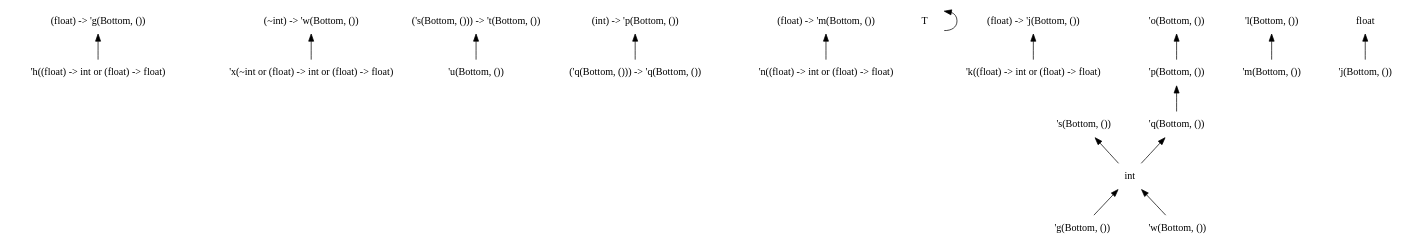
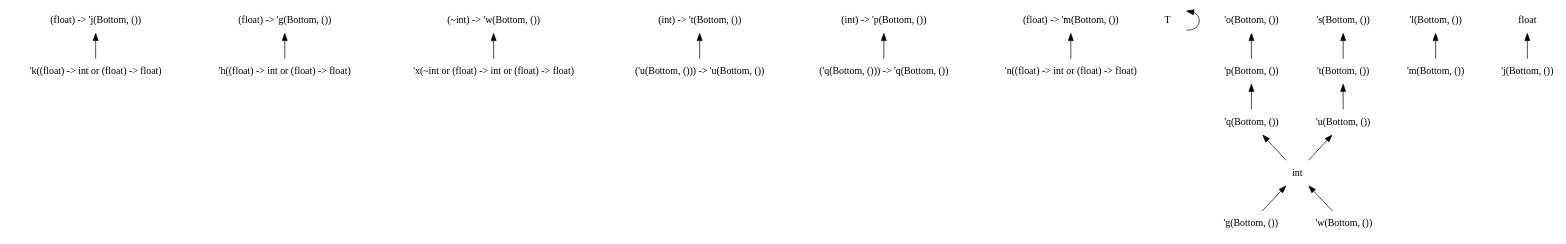
One commit to chocobo333/regino changed the diagram in dots/1.dot. Above: the diagram before and after it, drawn with Graphviz. The commit also changed 39 other files, not shown here.

```diff
--- a/dots/1.dot
+++ b/dots/1.dot
@@ -1,50 +1,54 @@
 digraph order {
   graph [
     size = "30,10"
     ];
   node [
     shape = none
     ];
   edge [
     dir = back
     ];
+  "(float) -> 'j(Bottom, ())"
   "(float) -> 'g(Bottom, ())"
   "(~int) -> 'w(Bottom, ())"
-  "('s(Bottom, ())) -> 't(Bottom, ())"
+  "(int) -> 't(Bottom, ())"
   "(int) -> 'p(Bottom, ())"
   "(float) -> 'm(Bottom, ())"
   "T"
   "'x(~int or (float) -> int or (float) -> float)"
   "'h((float) -> int or (float) -> float)"
   "'k((float) -> int or (float) -> float)"
   "'n((float) -> int or (float) -> float)"
+  "'t(Bottom, ())"
   "'u(Bottom, ())"
   "'p(Bottom, ())"
   "'q(Bottom, ())"
   "'m(Bottom, ())"
-  "'j(Bottom, ())"
   "'g(Bottom, ())"
   "'w(Bottom, ())"
+  "'j(Bottom, ())"
   "'s(Bottom, ())"
   "'o(Bottom, ())"
   "'l(Bottom, ())"
   "float"
   "int"
+  "('u(Bottom, ())) -> 'u(Bottom, ())"
   "('q(Bottom, ())) -> 'q(Bottom, ())"
-  "(float) -> 'j(Bottom, ())"
   "(int) -> 'p(Bottom, ())" -> "('q(Bottom, ())) -> 'q(Bottom, ())"
   "(float) -> 'm(Bottom, ())" -> "'n((float) -> int or (float) -> float)"
   "(float) -> 'j(Bottom, ())" -> "'k((float) -> int or (float) -> float)"
   "(float) -> 'g(Bottom, ())" -> "'h((float) -> int or (float) -> float)"
   "T" -> "T"
   "float" -> "'j(Bottom, ())"
-  "'s(Bottom, ())" -> "int"
+  "'s(Bottom, ())" -> "'t(Bottom, ())"
+  "'u(Bottom, ())" -> "int"
+  "'t(Bottom, ())" -> "'u(Bottom, ())"
   "int" -> "'g(Bottom, ())"
   "int" -> "'w(Bottom, ())"
   "'o(Bottom, ())" -> "'p(Bottom, ())"
   "'q(Bottom, ())" -> "int"
   "'p(Bottom, ())" -> "'q(Bottom, ())"
   "'l(Bottom, ())" -> "'m(Bottom, ())"
   "(~int) -> 'w(Bottom, ())" -> "'x(~int or (float) -> int or (float) -> float)"
-  "('s(Bottom, ())) -> 't(Bottom, ())" -> "'u(Bottom, ())"
+  "(int) -> 't(Bottom, ())" -> "('u(Bottom, ())) -> 'u(Bottom, ())"
 }
```
